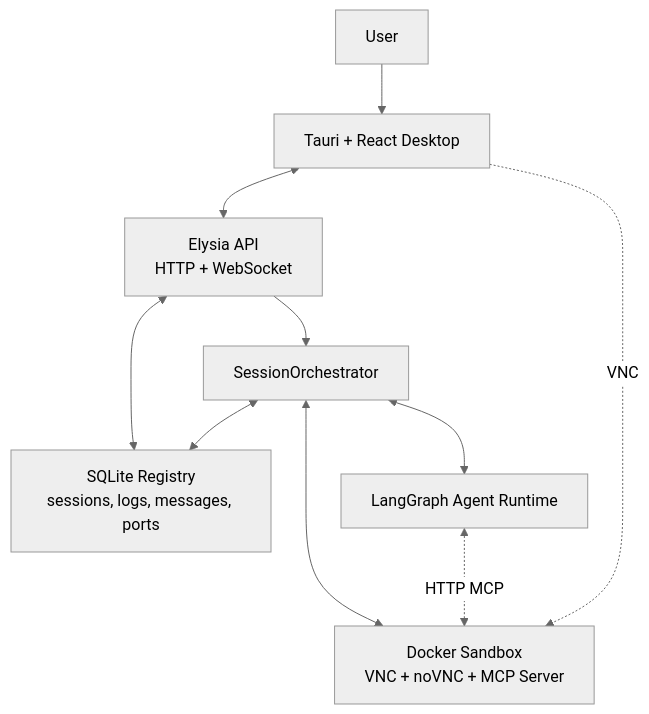
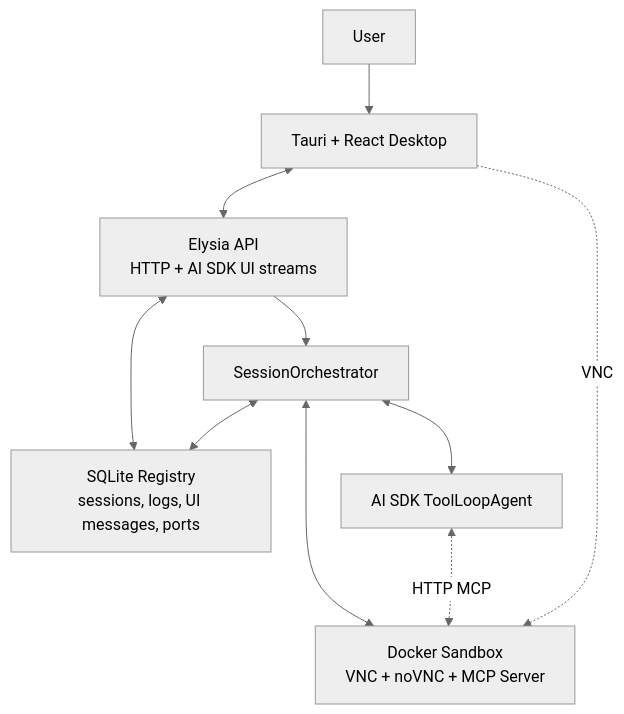
Before and after one commit to rohanbojja/ottobot: the first of 4 diagrams in docs/ARCHITECTURE-MERMAID.md, drawn with Mermaid (neutral theme). The commit also changed other lines of this file and 81 other files, not shown here.

````diff
--- a/docs/ARCHITECTURE-MERMAID.md
+++ b/docs/ARCHITECTURE-MERMAID.md
@@ -5,20 +5,20 @@
 ```mermaid
 graph TB
     User[User]
     Frontend[Tauri + React Desktop]
-    API[Elysia API<br/>HTTP + WebSocket]
-    Registry[SQLite Registry<br/>sessions, logs, messages, ports]
+    API[Elysia API<br/>HTTP + AI SDK UI streams]
+    Registry[SQLite Registry<br/>sessions, logs, UI messages, ports]
     Orchestrator[SessionOrchestrator]
-    Agent[LangGraph Agent Runtime]
+    Agent[AI SDK ToolLoopAgent]
     Sandbox[Docker Sandbox<br/>VNC + noVNC + MCP Server]
 
     User --> Frontend
     Frontend <--> API
     API <--> Registry
     API --> Orchestrator
     Orchestrator <--> Registry
     Orchestrator <--> Sandbox
     Orchestrator <--> Agent
     Agent <-. HTTP MCP .-> Sandbox
     Frontend -. VNC .-> Sandbox
 ```
````
